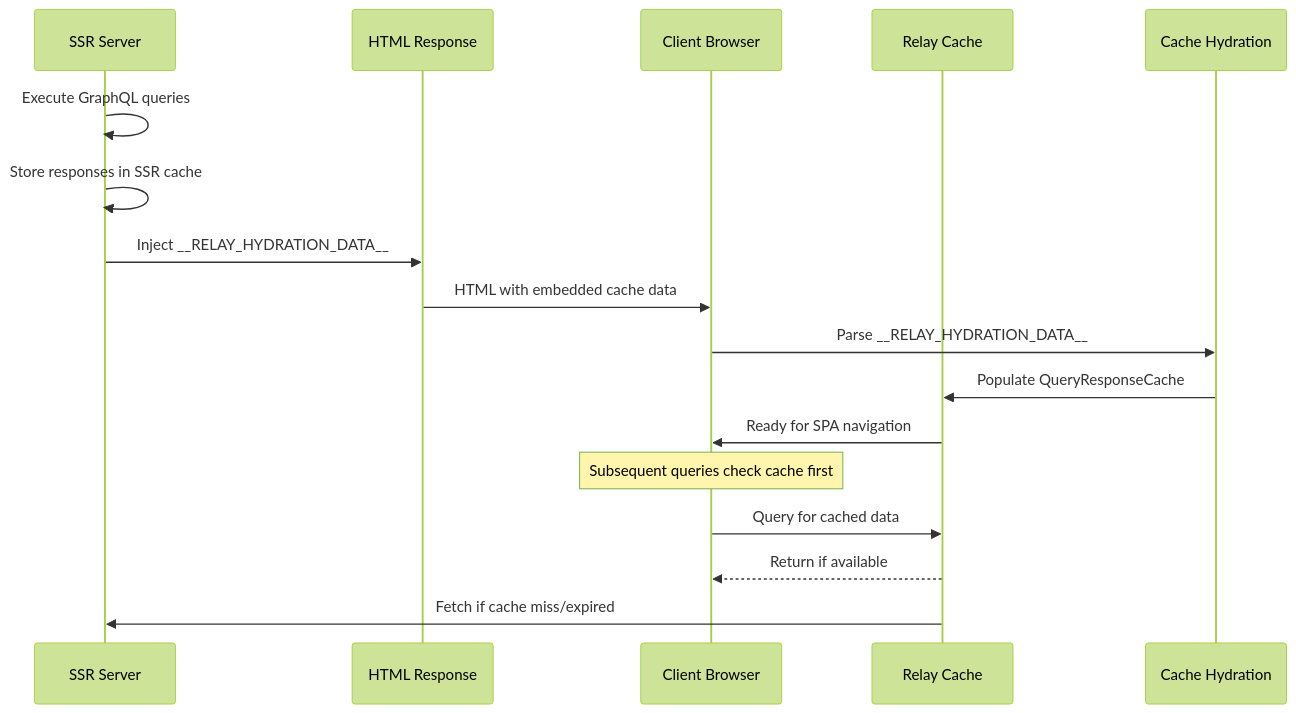
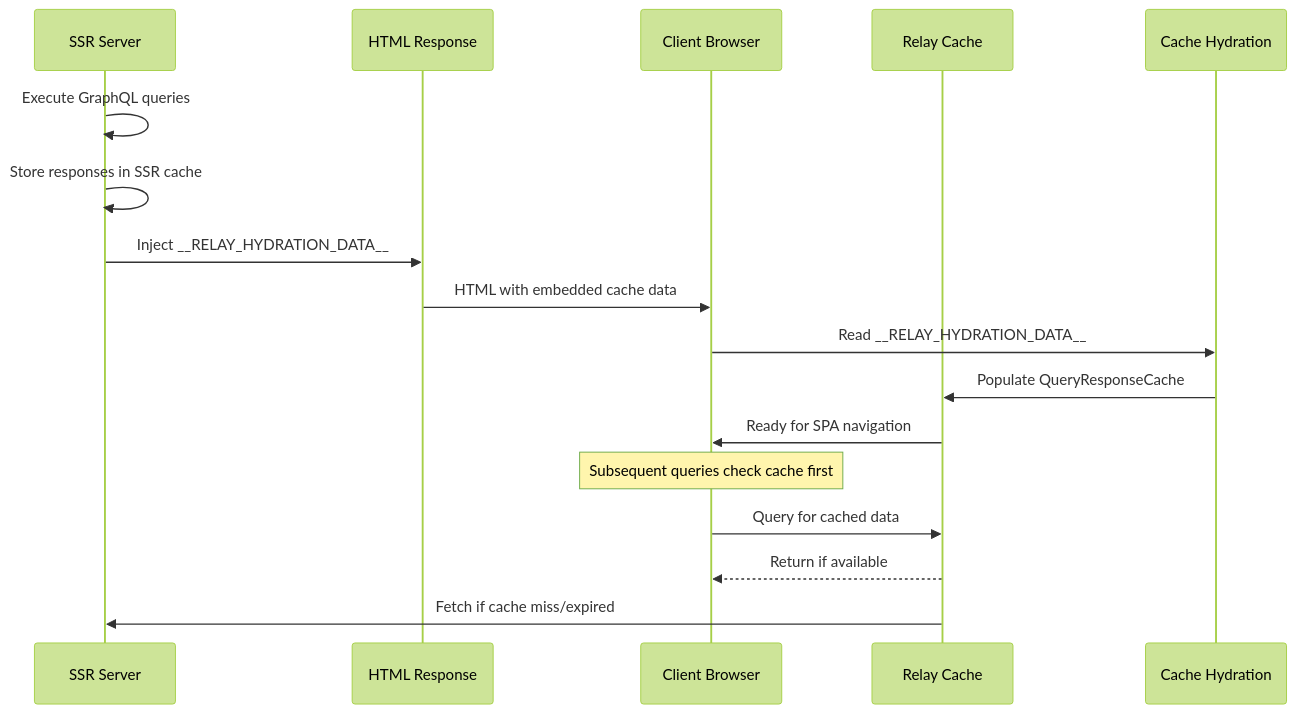
The fourth of 5 diagrams in docs/architecture-caching.md (artsy/force), drawn with Mermaid (forest theme) before and after one commit. The commit also changed 8 other files, not shown here.

````diff
--- a/docs/architecture-caching.md
+++ b/docs/architecture-caching.md
@@ -121,21 +121,21 @@
 ```mermaid
 sequenceDiagram
     participant Server as SSR Server
     participant HTML as HTML Response
     participant Client as Client Browser
     participant Cache as Relay Cache
     participant Hydration as Cache Hydration
 
     Server->>Server: Execute GraphQL queries
     Server->>Server: Store responses in SSR cache
     Server->>HTML: Inject __RELAY_HYDRATION_DATA__
     HTML->>Client: HTML with embedded cache data
-    Client->>Hydration: Parse __RELAY_HYDRATION_DATA__
+    Client->>Hydration: Read __RELAY_HYDRATION_DATA__
     Hydration->>Cache: Populate QueryResponseCache
     Cache->>Client: Ready for SPA navigation
 
     Note over Client: Subsequent queries check cache first
     Client->>Cache: Query for cached data
     Cache-->>Client: Return if available
     Cache->>Server: Fetch if cache miss/expired
 ```
````
